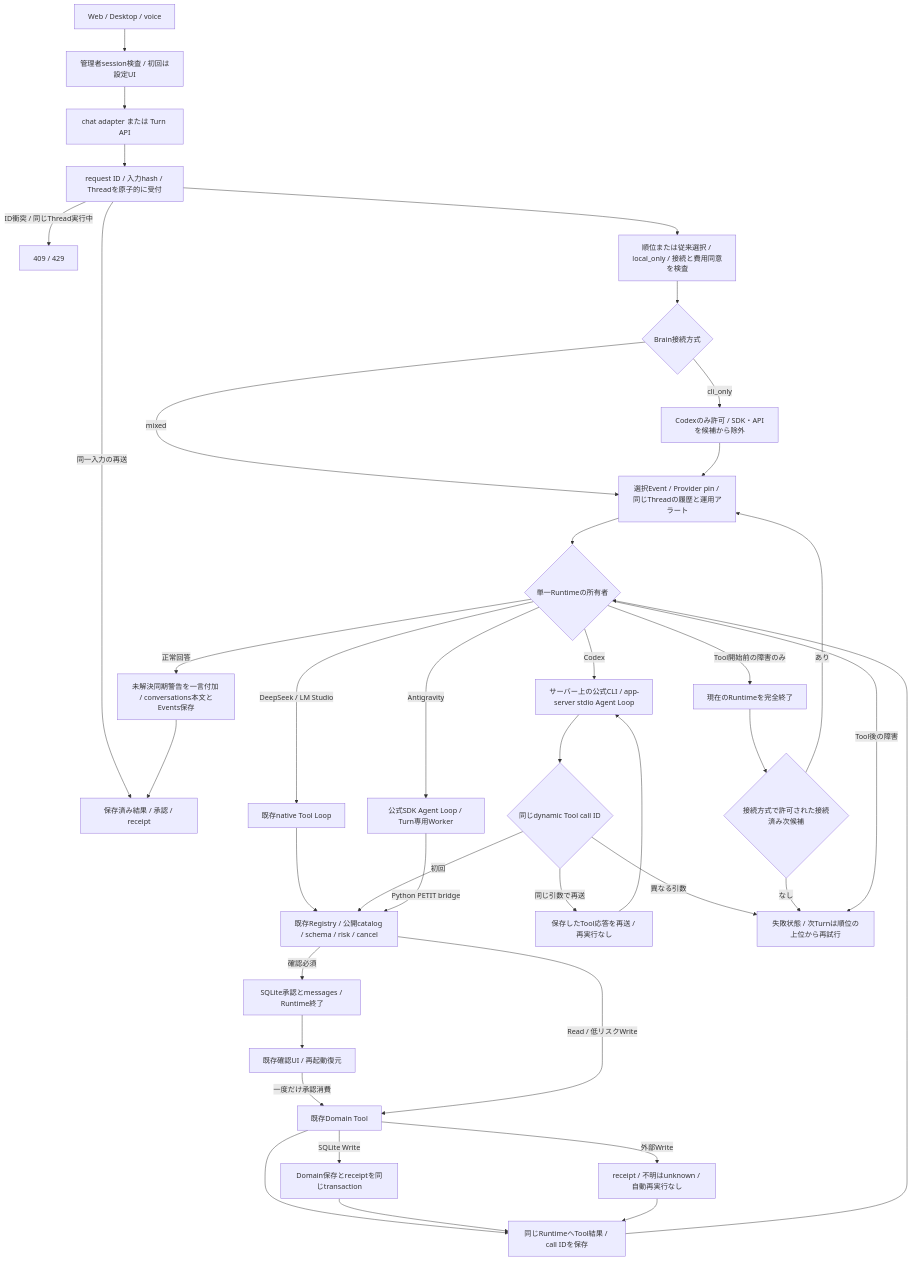
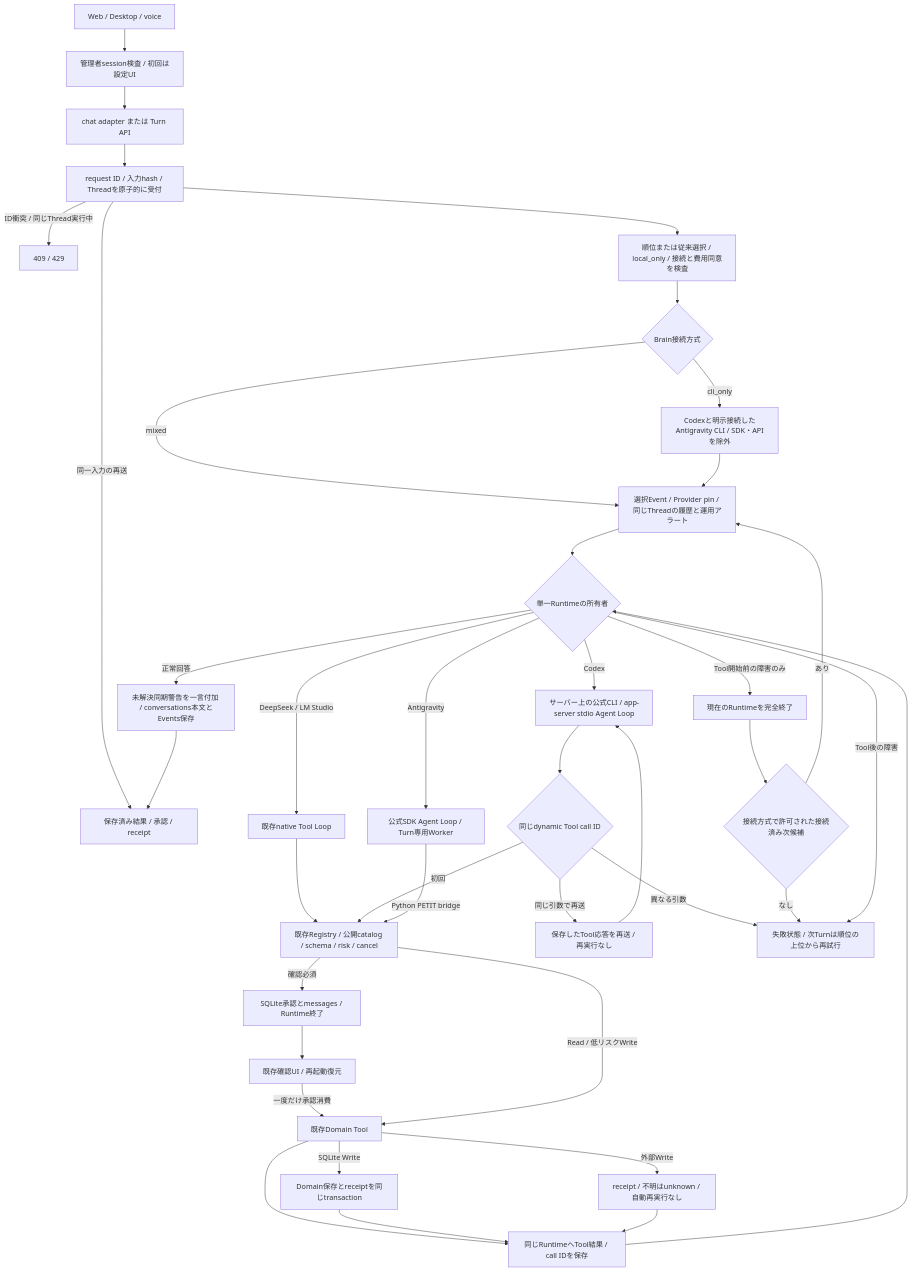
The fifth of 34 diagrams in docs/runtime-flows.md (Soso2e/PETIT), drawn with Mermaid before and after one commit. The commit also changed other lines of this file and 36 other files, not shown here.

````diff
--- a/docs/runtime-flows.md
+++ b/docs/runtime-flows.md
@@ -58,41 +104,41 @@
 ```mermaid
 flowchart TD
     C[Web / Desktop / voice] --> Auth[管理者session検査 / 初回は設定UI]
     Auth --> A[chat adapter または Turn API]
     A --> L[request ID / 入力hash / Threadを原子的に受付]
     L -->|同一入力の再送| R[保存済み結果 / 承認 / receipt]
     L -->|ID衝突 / 同じThread実行中| Conflict[409 / 429]
     L --> Select[順位または従来選択 / local_only / 接続と費用同意を検査]
     Select --> Transport{Brain接続方式}
     Transport -->|mixed| Pin[選択Event / Provider pin / 同じThreadの履歴と運用アラート]
-    Transport -->|cli_only| CLIOnly[Codexのみ許可 / SDK・APIを候補から除外]
+    Transport -->|cli_only| CLIOnly[Codexと明示接続したAntigravity CLI / SDK・APIを除外]
     CLIOnly --> Pin
     Pin --> Backend{単一Runtimeの所有者}
     Backend -->|DeepSeek / LM Studio| Native[既存native Tool Loop]
     Backend -->|Codex| Codex[サーバー上の公式CLI / app-server stdio Agent Loop]
     Backend -->|Antigravity| SDK[公式SDK Agent Loop / Turn専用Worker]
     Native --> Gate[既存Registry / 公開catalog / schema / risk / cancel]
     Codex --> CallID{同じdynamic Tool call ID}
     CallID -->|初回| Gate
     CallID -->|同じ引数で再送| Cached[保存したTool応答を再送 / 再実行なし]
     Cached --> Codex
     CallID -->|異なる引数| Failed
     SDK -->|Python PETIT bridge| Gate
     Gate -->|確認必須| Approval[SQLite承認とmessages / Runtime終了]
     Approval --> UI[既存確認UI / 再起動復元]
     UI -->|一度だけ承認消費| Execute[既存Domain Tool]
     Gate -->|Read / 低リスクWrite| Execute
     Execute -->|SQLite Write| Receipt[Domain保存とreceiptを同じtransaction]
     Execute -->|外部Write| Unknown[receipt / 不明はunknown / 自動再実行なし]
     Execute --> Return[同じRuntimeへTool結果 / call IDを保存]
     Receipt --> Return
     Unknown --> Return
     Return --> Backend
     Backend -->|Tool開始前の障害のみ| Stop[現在のRuntimeを完全終了]
     Stop --> Next{接続方式で許可された接続済み次候補}
     Next -->|あり| Pin
     Next -->|なし| Failed[失敗状態 / 次Turnは順位の上位から再試行]
     Backend -->|Tool後の障害| Failed
     Backend -->|正常回答| Save[未解決同期警告を一言付加 / conversations本文とEvents保存]
     Save --> R
 ```
````
